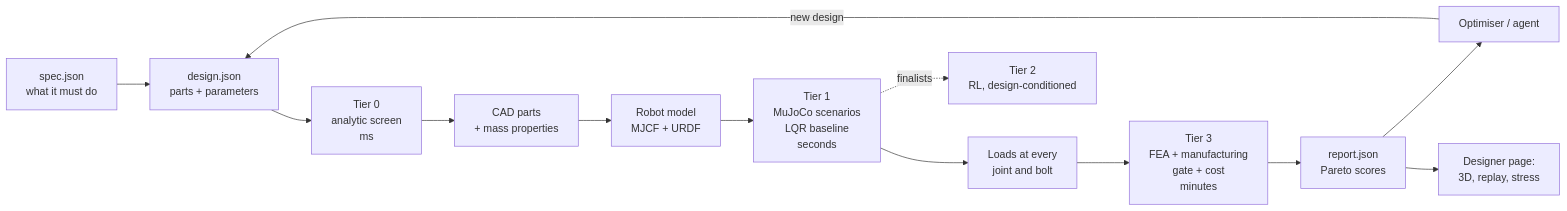
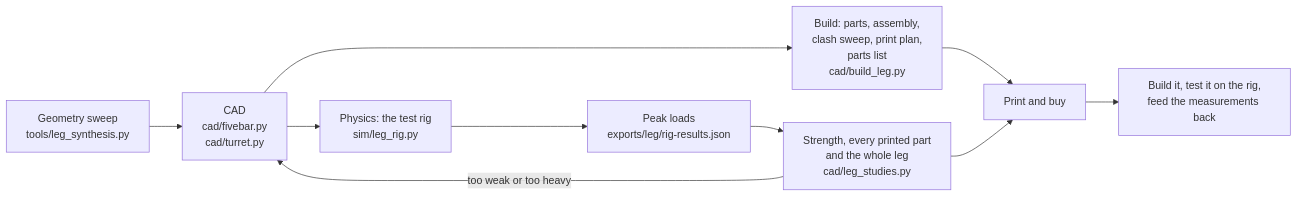
The diagram in docs/architecture.md (Valpatel/gyropup), drawn with Mermaid before and after one commit. The commit also changed other lines of this file and 42 other files, not shown here.

````diff
--- a/docs/architecture.md
+++ b/docs/architecture.md
@@ -12,15 +6,12 @@
 ```mermaid
 flowchart LR
-    S[spec.json<br>what it must do] --> D[design.json<br>parts + parameters]
-    D --> T0[Tier 0<br>analytic screen<br>ms]
-    T0 --> CAD[CAD parts<br>+ mass properties]
-    CAD --> M[Robot model<br>MJCF + URDF]
-    M --> T1[Tier 1<br>MuJoCo scenarios<br>LQR baseline<br>seconds]
-    T1 --> L[Loads at every<br>joint and bolt]
-    L --> T3[Tier 3<br>FEA + manufacturing<br>gate + cost<br>minutes]
-    T3 --> R[report.json<br>Pareto scores]
-    R --> O[Optimiser / agent]
-    O -->|new design| D
-    R --> W[Designer page:<br>3D, replay, stress]
-    T1 -.finalists.-> T2[Tier 2<br>RL, design-conditioned]
+    G[Geometry sweep<br>tools/leg_synthesis.py] --> CAD[CAD<br>cad/fivebar.py<br>cad/turret.py]
+    CAD --> B[Build: parts, assembly,<br>clash sweep, print plan,<br>parts list<br>cad/build_leg.py]
+    CAD --> S[Physics: the test rig<br>sim/leg_rig.py]
+    S --> L[Peak loads<br>exports/leg/rig-results.json]
+    L --> F[Strength, every printed part<br>and the whole leg<br>cad/leg_studies.py]
+    F -->|too weak or too heavy| CAD
+    B --> P[Print and buy]
+    F --> P
+    P --> T[Build it, test it on the rig,<br>feed the measurements back]
 ```
````
